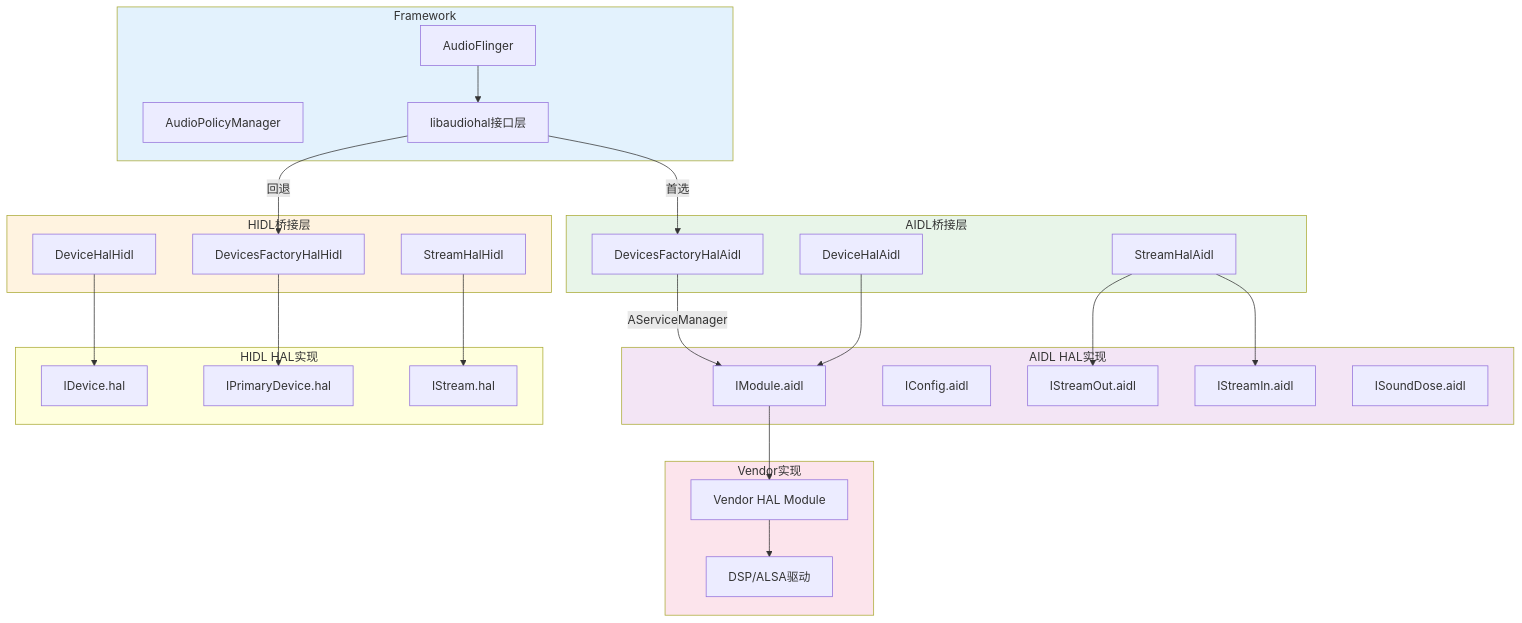
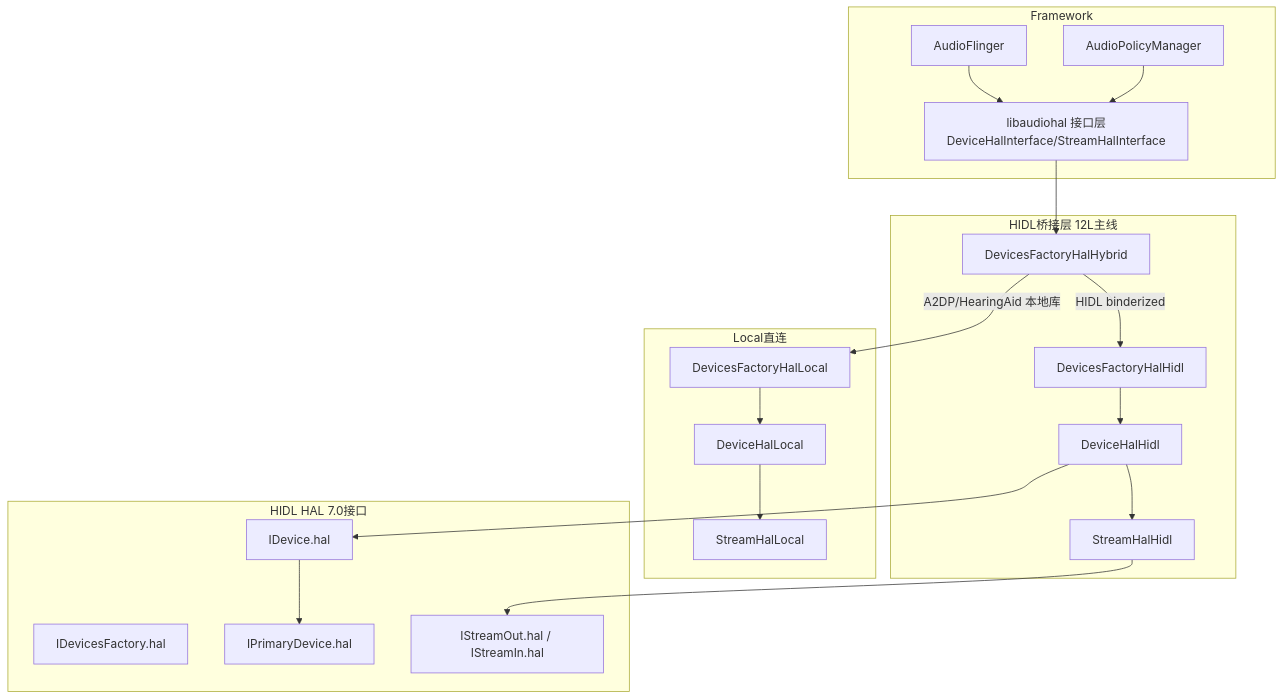
Before and after one commit to yanglinzhen1022/SA8295_AAOS_QNX_Audio_KnowledgeBase: the first of 2 diagrams in 11_Vendor_Layer/11_11.11_AIDLHIDL_Vendor_HAL实现架构.md, drawn with Mermaid. The commit also changed other lines of this file and 5 other files, not shown here.

````diff
--- a/11_Vendor_Layer/11_11.11_AIDLHIDL_Vendor_HAL实现架构.md
+++ b/11_Vendor_Layer/11_11.11_AIDLHIDL_Vendor_HAL实现架构.md
@@ -11,53 +11,35 @@
 ```mermaid
 graph TB
     subgraph Framework
         AF[AudioFlinger]
         APM[AudioPolicyManager]
-        HAL_IFACE[libaudiohal接口层]
+        HAL_IFACE[libaudiohal 接口层<br>DeviceHalInterface/StreamHalInterface]
     end
-    subgraph AIDL_Bridge[AIDL桥接层]
-        DFA[DevicesFactoryHalAidl]
-        DHA[DeviceHalAidl]
-        SHA[StreamHalAidl]
-    end
-    subgraph HIDL_Bridge[HIDL桥接层]
+    subgraph HIDL_Bridge[HIDL桥接层 12L主线]
+        HYB[DevicesFactoryHalHybrid]
         DFH[DevicesFactoryHalHidl]
         DHH[DeviceHalHidl]
         SHH[StreamHalHidl]
     end
-    subgraph AIDL_HAL[AIDL HAL实现]
-        IM[IModule.aidl]
-        IC[IConfig.aidl]
-        ISO[IStreamOut.aidl]
-        ISI[IStreamIn.aidl]
-        ISD[ISoundDose.aidl]
+    subgraph Local[Local直连]
+        DFL[DevicesFactoryHalLocal]
+        DHL[DeviceHalLocal]
+        SHL[StreamHalLocal]
     end
-    subgraph HIDL_HAL[HIDL HAL实现]
+    subgraph HAL[HIDL HAL 7.0接口]
+        IDF[IDevicesFactory.hal]
         ID[IDevice.hal]
-        IP[IPrimaryDevice.hal]
-        ISt[IStream.hal]
+        IPD[IPrimaryDevice.hal]
+        ISO[IStreamOut.hal / IStreamIn.hal]
     end
-    subgraph Vendor[Vendor实现]
-        VHAL[Vendor HAL Module]
-        VDSP[DSP/ALSA驱动]
-    end
-
     AF --> HAL_IFACE
-    HAL_IFACE -->|首选| DFA
-    HAL_IFACE -->|回退| DFH
-    DFA -->|AServiceManager| IM
-    DHA --> IM
-    SHA --> ISO
-    SHA --> ISI
-    DFH --> IP
+    APM --> HAL_IFACE
+    HAL_IFACE --> HYB
+    HYB -->|HIDL binderized| DFH
+    DFH --> DHH --> SHH
     DHH --> ID
-    SHH --> ISt
-    IM --> VHAL
-    VHAL --> VDSP
-
-    style Framework fill:#e3f2fd
-    style AIDL_Bridge fill:#e8f5e9
-    style HIDL_Bridge fill:#fff3e0
-    style AIDL_HAL fill:#f3e5f5
-    style Vendor fill:#fce4ec
+    SHH --> ISO
+    HYB -->|A2DP/HearingAid 本地库| DFL
+    DFL --> DHL --> SHL
+    ID --> IPD
 ```
````
